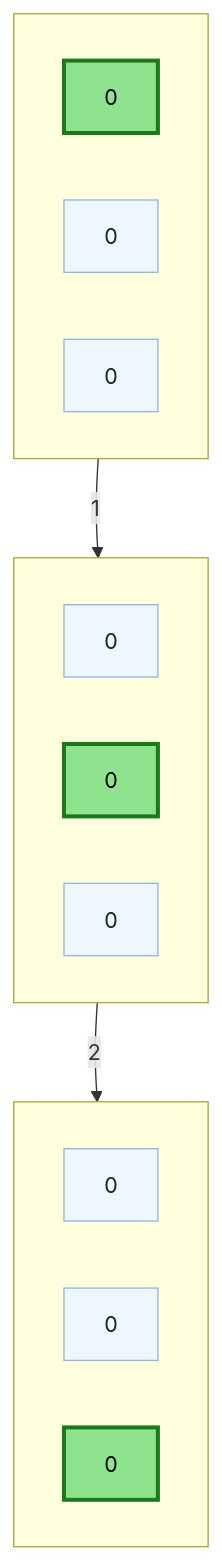
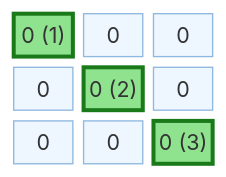
One commit to jovannypcg/dsa changed the sixth of 7 diagrams in src/main/java/mx/jovannypcg/base/p66_shortestpathinbinarymatrix/README.md. Above: the diagram before and after it, drawn with Mermaid. The commit also changed other lines of this file and 5 other files, not shown here.

````diff
--- a/src/main/java/mx/jovannypcg/base/p66_shortestpathinbinarymatrix/README.md
+++ b/src/main/java/mx/jovannypcg/base/p66_shortestpathinbinarymatrix/README.md
@@ -166,28 +129,13 @@
 ```mermaid
-flowchart TD
-    subgraph Row0[" "]
-        direction LR
-        r0c0["0"]
-        r0c1["0"]
-        r0c2["0"]
-    end
-    subgraph Row1[" "]
-        direction LR
-        r1c0["0"]
-        r1c1["0"]
-        r1c2["0"]
-    end
-    subgraph Row2[" "]
-        direction LR
-        r2c0["0"]
-        r2c1["0"]
-        r2c2["0"]
-    end
-    Row0 ~~~ Row1 ~~~ Row2
-    r0c0 -->|"1"| r1c1
-    r1c1 -->|"2"| r2c2
+block-beta
+columns 3
+    r0c0["0 (1)"] r0c1["0"] r0c2["0"]
+    r1c0["0"] r1c1["0 (2)"] r1c2["0"]
+    r2c0["0"] r2c1["0"] r2c2["0 (3)"]
     classDef zero fill:#eef6ff,stroke:#8fb8e0,color:#123
+    classDef one fill:#333,stroke:#000,color:#fff
     classDef path fill:#8fe38f,stroke:#1a7a1a,stroke-width:3px,color:#000
+    classDef blocked fill:#e38f8f,stroke:#a11111,stroke-width:3px,color:#000
+    class r0c1,r0c2,r1c0,r1c2,r2c0,r2c1 zero
     class r0c0,r1c1,r2c2 path
-    class r0c1,r0c2,r1c0,r1c2,r2c0,r2c1 zero
 ```
````
